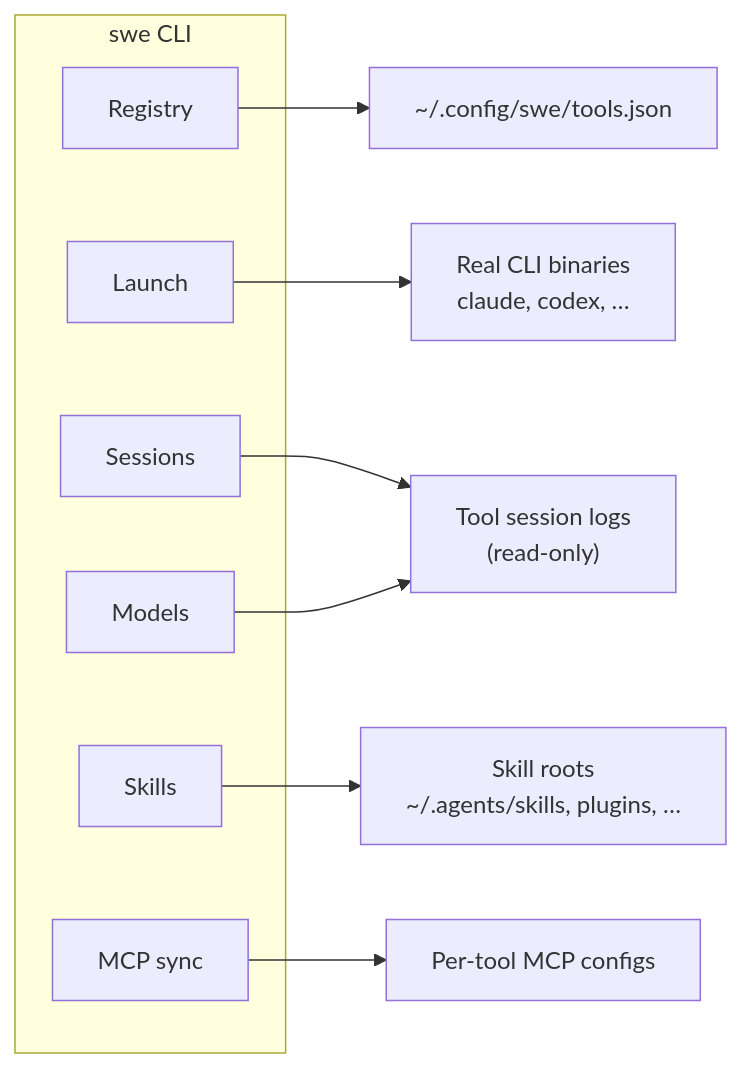
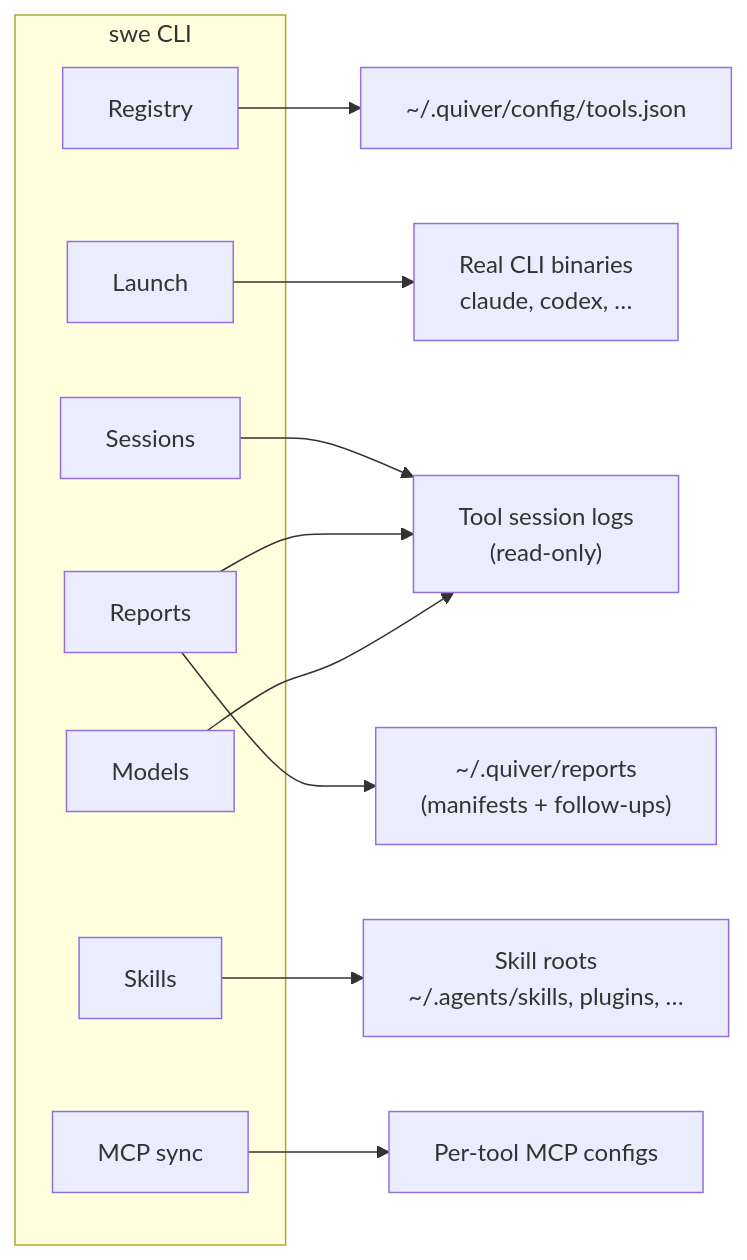
Before and after one commit to c-wenlong/quiver: the diagram in README.md, drawn with Mermaid. The commit also changed other lines of this file and 83 other files, not shown here.

````diff
--- a/README.md
+++ b/README.md
@@ -313,18 +355,21 @@
 ```mermaid
 flowchart LR
   subgraph swe["swe CLI"]
     R[Registry]
     L[Launch]
     S[Sessions]
+    RP[Reports]
     M[Models]
     K[Skills]
     P[MCP sync]
   end
 
-  R --> TJ["~/.config/swe/tools.json"]
+  R --> TJ["~/.quiver/config/tools.json"]
   S --> Logs["Tool session logs\n(read-only)"]
+  RP --> Logs
+  RP --> Reports["~/.quiver/reports\n(manifests + follow-ups)"]
   M --> Logs
   K --> Roots["Skill roots\n~/.agents/skills, plugins, …"]
   P --> MCP["Per-tool MCP configs"]
   L --> Bin["Real CLI binaries\nclaude, codex, …"]
 ```
````
